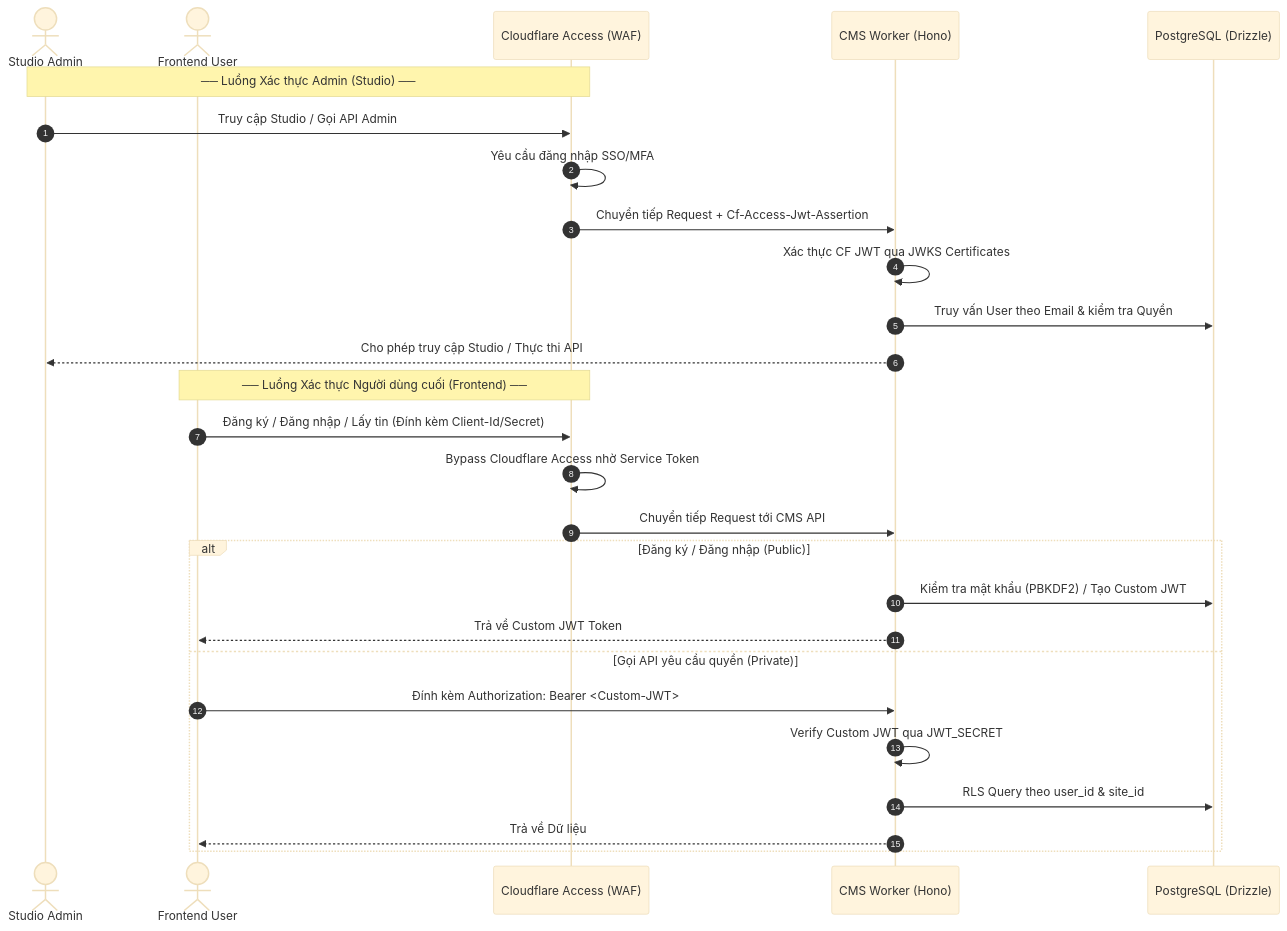
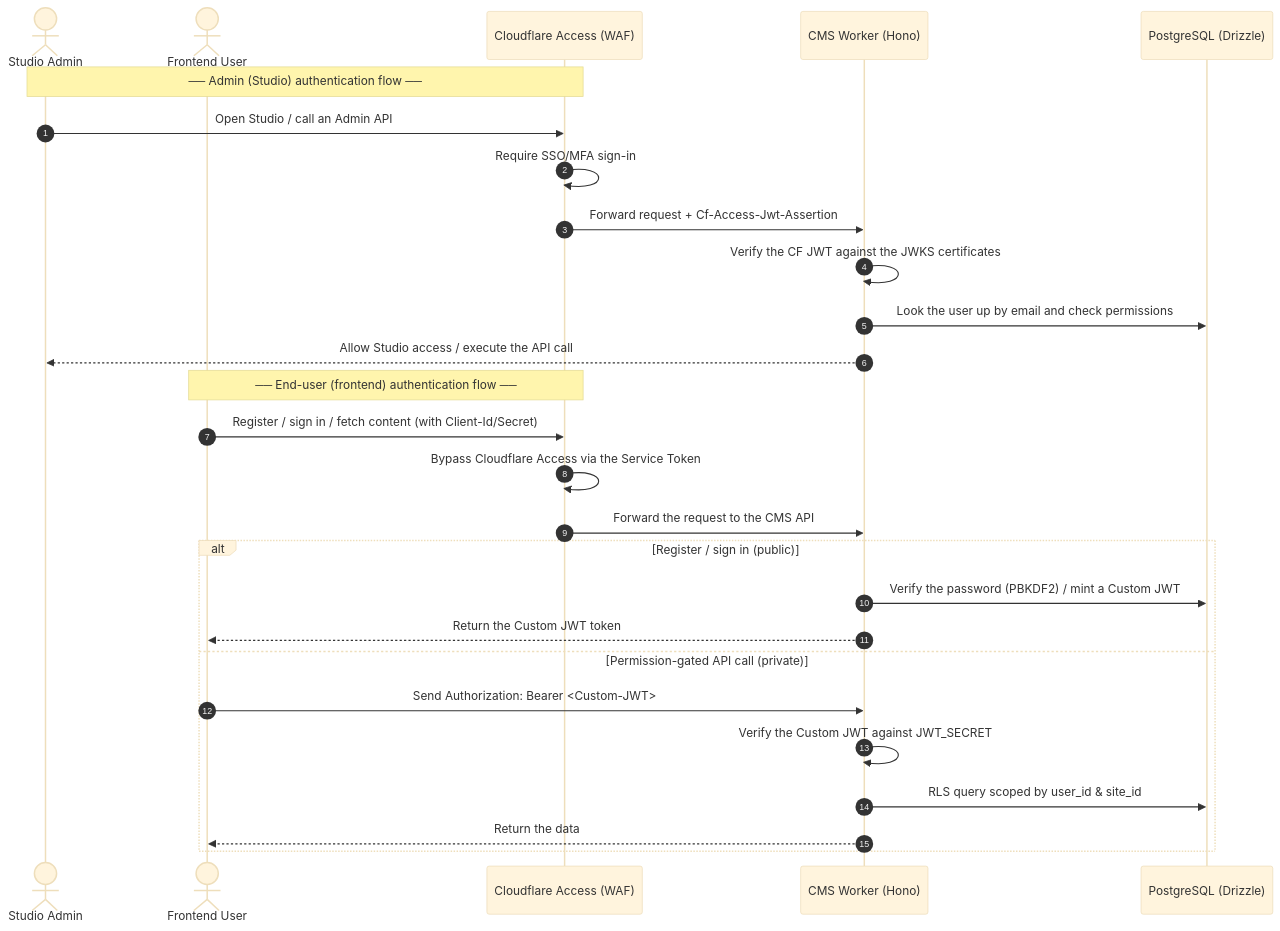
One commit to khuepm/LumiBase changed the diagram in docs/en/features/cloudflare-auth.md. Above: the diagram before and after it, drawn with Mermaid (base theme). The commit also changed other lines of this file and 1 other file, not shown here.

Commit message:
docs(i18n): write real English for cloudflare-auth

````diff
--- a/docs/en/features/cloudflare-auth.md
+++ b/docs/en/features/cloudflare-auth.md
@@ -14,31 +27,31 @@
 ```mermaid
 sequenceDiagram
     autonumber
     actor Admin as Studio Admin
     actor User as Frontend User
     participant CF as Cloudflare Access (WAF)
     participant BE as CMS Worker (Hono)
     participant DB as PostgreSQL (Drizzle)
 
-    Note over Admin, CF: ── Luồng Xác thực Admin (Studio) ──
-    Admin->>CF: Truy cập Studio / Gọi API Admin
-    CF->>CF: Yêu cầu đăng nhập SSO/MFA
-    CF->>BE: Chuyển tiếp Request + Cf-Access-Jwt-Assertion
-    BE->>BE: Xác thực CF JWT qua JWKS Certificates
-    BE->>DB: Truy vấn User theo Email & kiểm tra Quyền
-    BE-->>Admin: Cho phép truy cập Studio / Thực thi API
+    Note over Admin, CF: ── Admin (Studio) authentication flow ──
+    Admin->>CF: Open Studio / call an Admin API
+    CF->>CF: Require SSO/MFA sign-in
+    CF->>BE: Forward request + Cf-Access-Jwt-Assertion
+    BE->>BE: Verify the CF JWT against the JWKS certificates
+    BE->>DB: Look the user up by email and check permissions
+    BE-->>Admin: Allow Studio access / execute the API call
 
-    Note over User, CF: ── Luồng Xác thực Người dùng cuối (Frontend) ──
-    User->>CF: Đăng ký / Đăng nhập / Lấy tin (Đính kèm Client-Id/Secret)
-    CF->>CF: Bypass Cloudflare Access nhờ Service Token
-    CF->>BE: Chuyển tiếp Request tới CMS API
-    alt Đăng ký / Đăng nhập (Public)
-        BE->>DB: Kiểm tra mật khẩu (PBKDF2) / Tạo Custom JWT
-        BE-->>User: Trả về Custom JWT Token
-    else Gọi API yêu cầu quyền (Private)
-        User->>BE: Đính kèm Authorization: Bearer <Custom-JWT>
-        BE->>BE: Verify Custom JWT qua JWT_SECRET
-        BE->>DB: RLS Query theo user_id & site_id
-        BE-->>User: Trả về Dữ liệu
+    Note over User, CF: ── End-user (frontend) authentication flow ──
+    User->>CF: Register / sign in / fetch content (with Client-Id/Secret)
+    CF->>CF: Bypass Cloudflare Access via the Service Token
+    CF->>BE: Forward the request to the CMS API
+    alt Register / sign in (public)
+        BE->>DB: Verify the password (PBKDF2) / mint a Custom JWT
+        BE-->>User: Return the Custom JWT token
+    else Permission-gated API call (private)
+        User->>BE: Send Authorization: Bearer <Custom-JWT>
+        BE->>BE: Verify the Custom JWT against JWT_SECRET
+        BE->>DB: RLS query scoped by user_id & site_id
+        BE-->>User: Return the data
     end
 ```
````
